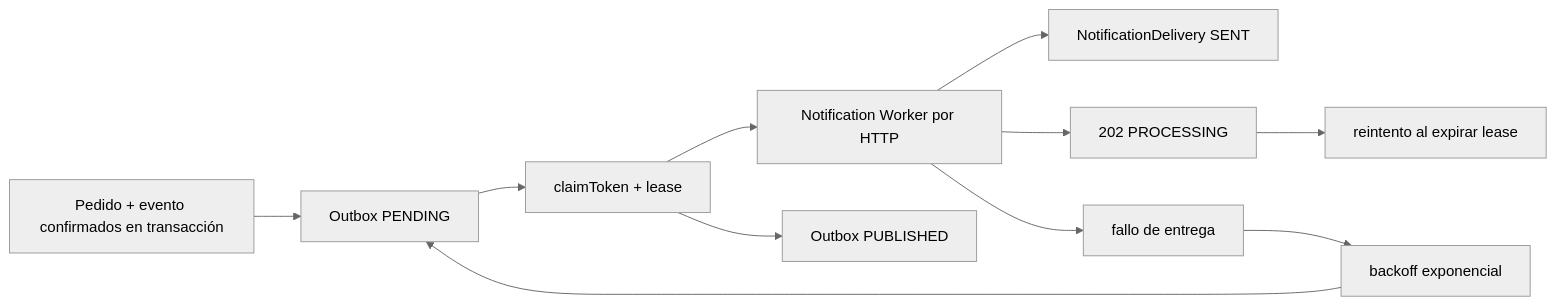
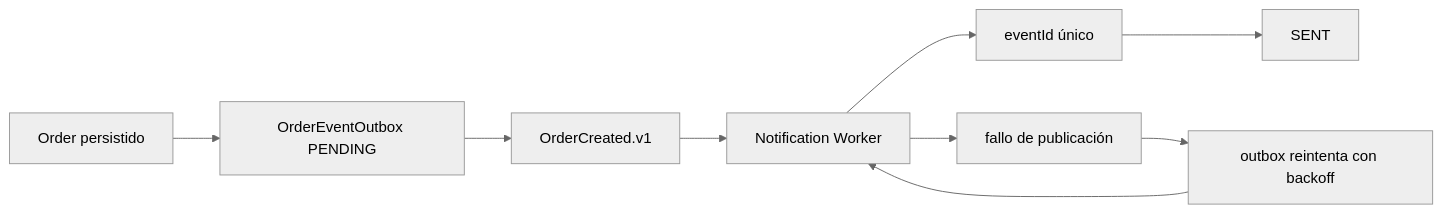
Before and after one commit to HectorARiascosI/mileshop-platform: the eighth of 10 diagrams in docs/wiki/architecture-overview.md, drawn with Mermaid (neutral theme). The commit also changed other lines of this file and 89 other files, not shown here.

````diff
--- a/docs/wiki/architecture-overview.md
+++ b/docs/wiki/architecture-overview.md
@@ -398,13 +284,11 @@
 ```mermaid
 flowchart LR
-    Persisted[Pedido + evento confirmados en transacción] --> Pending[Outbox PENDING]
-    Pending --> Claim[claimToken + lease]
-    Claim --> Worker[Notification Worker por HTTP]
-    Worker --> Sent[NotificationDelivery SENT]
-    Worker --> Active[202 PROCESSING]
-    Worker --> Failed[fallo de entrega]
-    Active --> Retry[reintento al expirar lease]
-    Failed --> Backoff[backoff exponencial]
-    Backoff --> Pending
-    Claim --> Published[Outbox PUBLISHED]
+    Persisted[Order persistido] --> Outbox[OrderEventOutbox PENDING]
+    Outbox --> Event[OrderCreated.v1]
+    Event --> Worker[Notification Worker]
+    Worker --> Claim[eventId único]
+    Claim --> Sent[SENT]
+    Worker --> Failed[fallo de publicación]
+    Failed --> Retry[outbox reintenta con backoff]
+    Retry --> Worker
 ```
````
